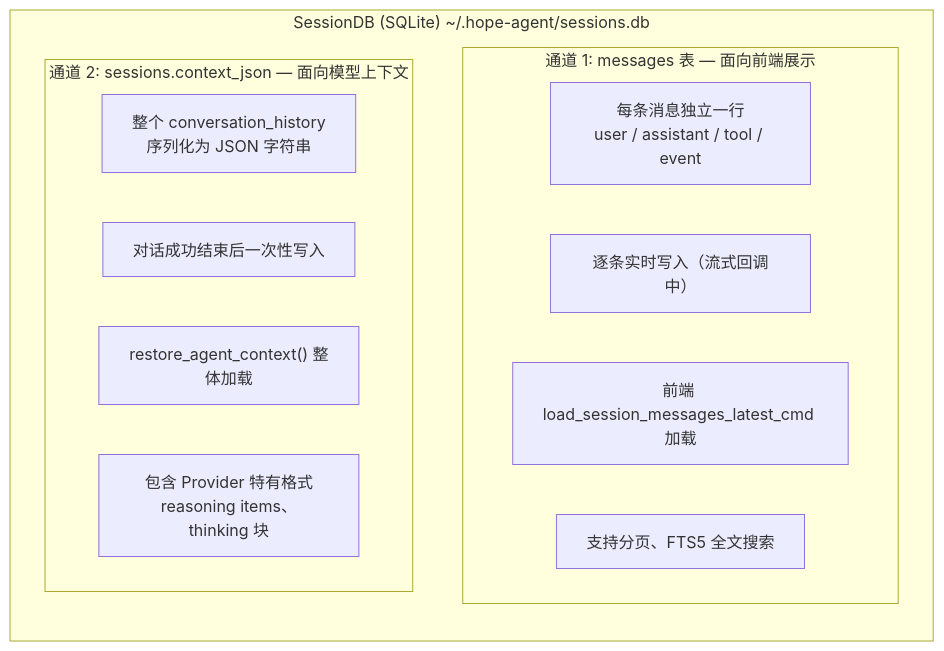
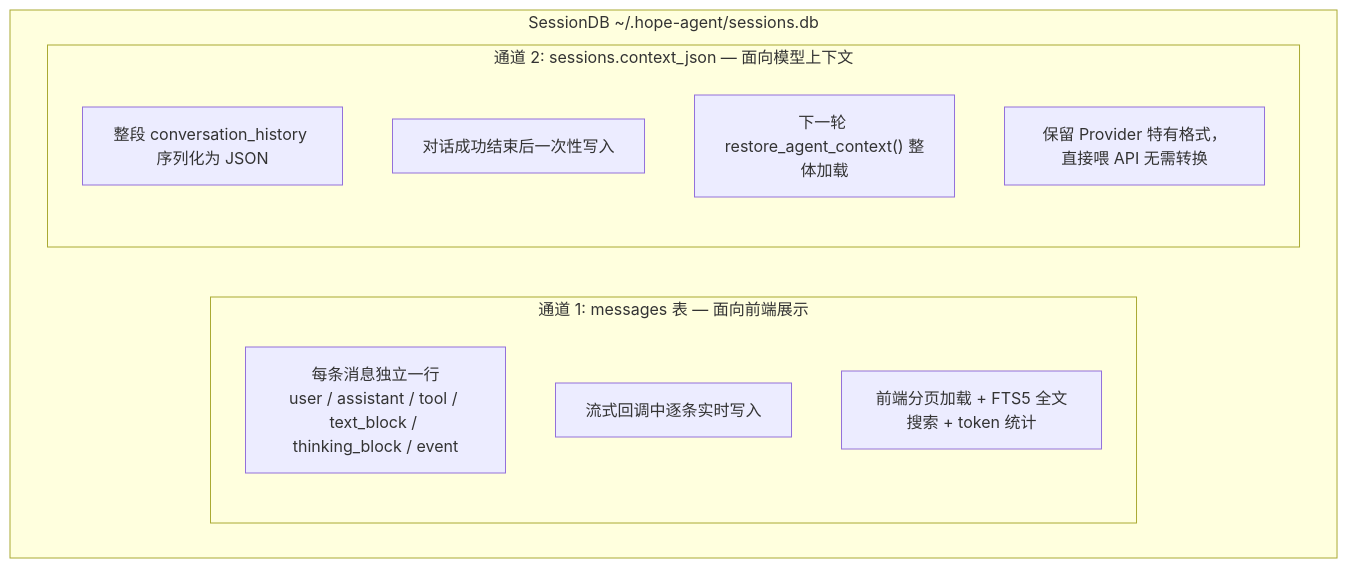
Before and after one commit to shiwenwen/hope-agent: diagram 12 of 16 in docs/architecture/provider-system.md, drawn with Mermaid. The commit also changed other lines of this file and 2 other files, not shown here.

First line of the commit message:
🦭docs: 大件一遍稿（backend-separation/provider-system/memory）——待补对抗校验

````diff
--- a/docs/architecture/provider-system.md
+++ b/docs/architecture/provider-system.md
@@ -628,18 +613,16 @@
 ```mermaid
 graph TB
-  subgraph DB["SessionDB (SQLite) ~/.hope-agent/sessions.db"]
-    direction TB
+  subgraph DB["SessionDB ~/.hope-agent/sessions.db"]
     subgraph CH1["通道 1: messages 表 — 面向前端展示"]
-      M1["每条消息独立一行<br/>user / assistant / tool / event"]
-      M2["逐条实时写入（流式回调中）"]
-      M3["前端 load_session_messages_latest_cmd 加载"]
-      M4["支持分页、FTS5 全文搜索"]
+      M1["每条消息独立一行<br/>user / assistant / tool / text_block / thinking_block / event"]
+      M2["流式回调中逐条实时写入"]
+      M3["前端分页加载 + FTS5 全文搜索 + token 统计"]
     end
     subgraph CH2["通道 2: sessions.context_json — 面向模型上下文"]
-      C1["整个 conversation_history<br/>序列化为 JSON 字符串"]
+      C1["整段 conversation_history 序列化为 JSON"]
       C2["对话成功结束后一次性写入"]
-      C3["restore_agent_context() 整体加载"]
-      C4["包含 Provider 特有格式<br/>reasoning items、thinking 块"]
+      C3["下一轮 restore_agent_context() 整体加载"]
+      C4["保留 Provider 特有格式，直接喂 API 无需转换"]
     end
   end
 ```
````
